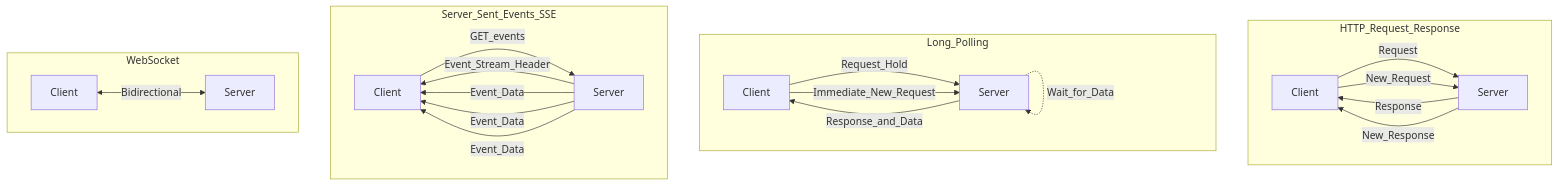
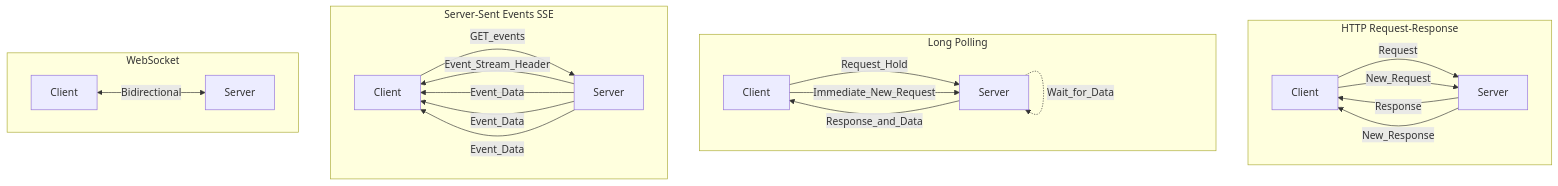
Before and after one commit to nitinkc/nitinkc.github.io: the first of 26 diagrams in _posts/microservices/2024-11-27-sse-springboot.md, drawn with Mermaid. The commit also changed other lines of this file and 13 other files, not shown here.

Commit message:
mermaid diagram corrections

````diff
--- a/_posts/microservices/2024-11-27-sse-springboot.md
+++ b/_posts/microservices/2024-11-27-sse-springboot.md
@@ -16,33 +16,33 @@
 ```mermaid
-graph TB
+flowchart TB
 
     %% HTTP Request-Response
-    subgraph HTTP_Request_Response
+    subgraph HTTP_Request_Response ["HTTP Request-Response"]
         A1[Client] -->|Request| B1[Server]
         B1 -->|Response| A1
         A1 -->|New_Request| B1
         B1 -->|New_Response| A1
     end
 
     %% Long Polling
-    subgraph Long_Polling
+    subgraph Long_Polling ["Long Polling"]
         A2[Client] -->|Request_Hold| B2[Server]
         B2 -.->|Wait_for_Data| B2
         B2 -->|Response_and_Data| A2
         A2 -->|Immediate_New_Request| B2
     end
 
     %% Server-Sent Events SSE
-    subgraph Server_Sent_Events_SSE
+    subgraph Server_Sent_Events_SSE ["Server-Sent Events SSE"]
         A3[Client] -->|GET_events| B3[Server]
         B3 -->|Event_Stream_Header| A3
         B3 -->|Event_Data| A3
         B3 -->|Event_Data| A3
         B3 -->|Event_Data| A3
     end
 
     %% WebSocket
-    subgraph WebSocket
+    subgraph WebSocket ["WebSocket"]
         A4[Client] <-->|Bidirectional| B4[Server]
     end      
 ```
````
